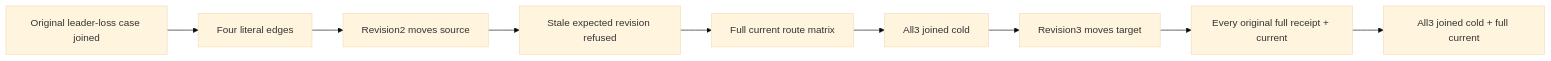
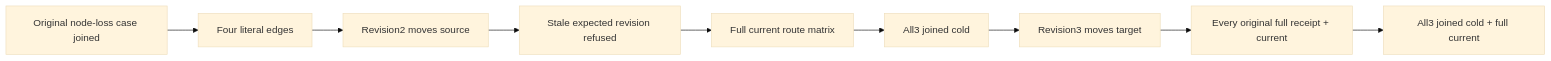
One commit to managedcode/KeyLoad changed the diagram in docs/Features/GraphTraversal/ShortestPathEndpointReplacementPublic.md. Above: the diagram before and after it, drawn with Mermaid (base theme). The commit also changed other lines of this file and 271 other files, not shown here.

````diff
--- a/docs/Features/GraphTraversal/ShortestPathEndpointReplacementPublic.md
+++ b/docs/Features/GraphTraversal/ShortestPathEndpointReplacementPublic.md
@@ -29,11 +29,11 @@
 ```mermaid
 flowchart LR
-  Original[Original leader-loss case joined] --> Seed[Four literal edges]
+  Original[Original node-loss case joined] --> Seed[Four literal edges]
   Seed --> RebindFrom[Revision2 moves source]
   RebindFrom --> Stale[Stale expected revision refused]
   Stale --> Healthy[Full current route matrix]
   Healthy --> Cold1[All3 joined cold]
   Cold1 --> RebindTo[Revision3 moves target]
   RebindTo --> Replay[Every original full receipt + current]
   Replay --> Cold2[All3 joined cold + full current]
 ```
````
